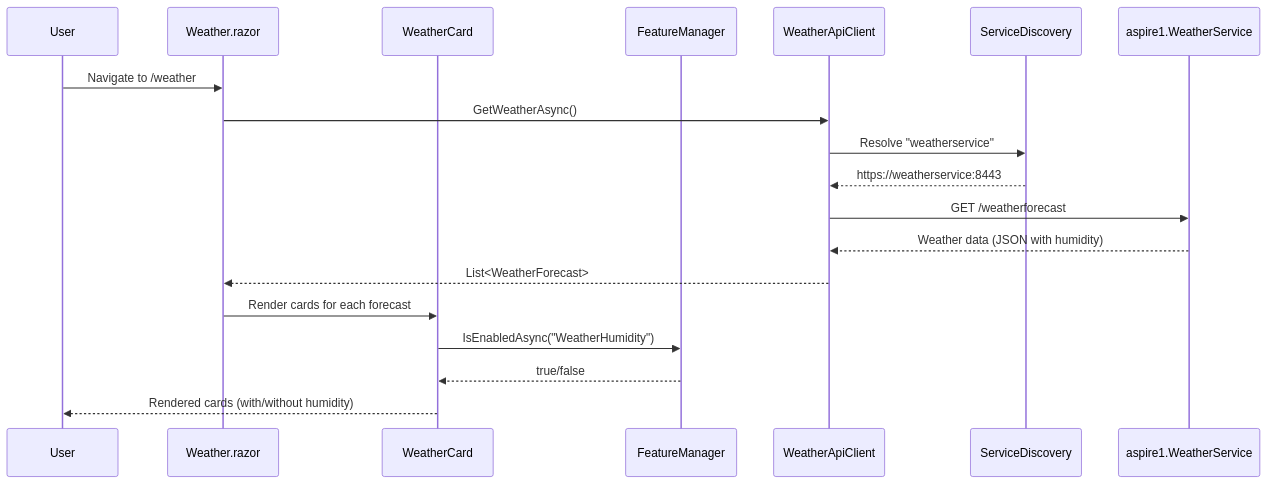
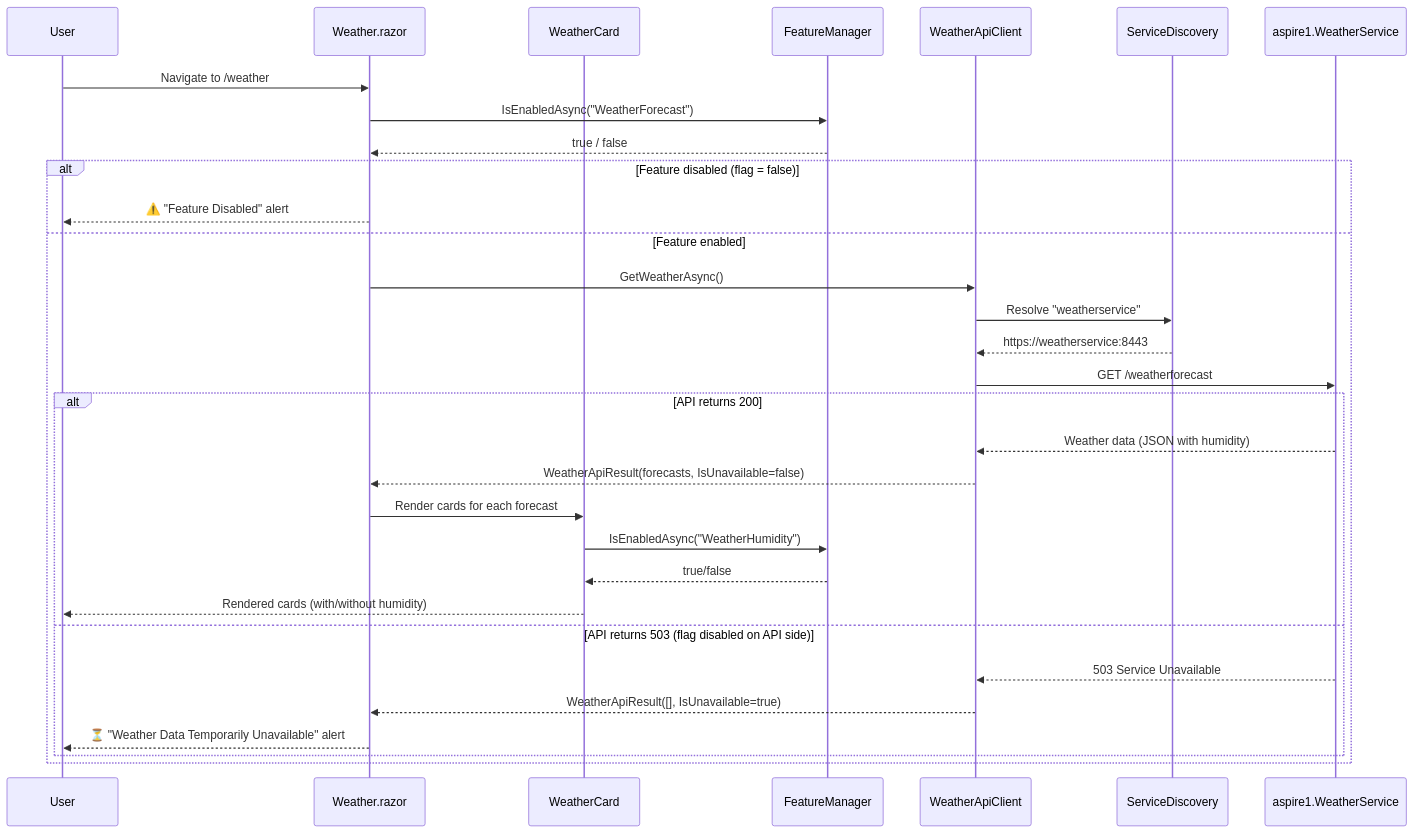
The second of 3 diagrams in aspire1.Web/ARCHITECTURE.md (MSBart2/aspire1), drawn with Mermaid before and after one commit. The commit also changed other lines of this file and 1 other file, not shown here.

First line of the commit message:
docs(web): update WeatherApiClient XML docs and ARCHITECTURE.md for graceful 503 handling

````diff
--- a/aspire1.Web/ARCHITECTURE.md
+++ b/aspire1.Web/ARCHITECTURE.md
@@ -171,22 +171,34 @@
 ```mermaid
 sequenceDiagram
     participant User
     participant Weather.razor
     participant WeatherCard
     participant FeatureManager
     participant WeatherApiClient
     participant ServiceDiscovery
     participant API as aspire1.WeatherService
 
     User->>Weather.razor: Navigate to /weather
-    Weather.razor->>WeatherApiClient: GetWeatherAsync()
-    WeatherApiClient->>ServiceDiscovery: Resolve "weatherservice"
-    ServiceDiscovery-->>WeatherApiClient: https://weatherservice:8443
-    WeatherApiClient->>API: GET /weatherforecast
-    API-->>WeatherApiClient: Weather data (JSON with humidity)
-    WeatherApiClient-->>Weather.razor: List<WeatherForecast>
-    Weather.razor->>WeatherCard: Render cards for each forecast
-    WeatherCard->>FeatureManager: IsEnabledAsync("WeatherHumidity")
-    FeatureManager-->>WeatherCard: true/false
-    WeatherCard-->>User: Rendered cards (with/without humidity)
+    Weather.razor->>FeatureManager: IsEnabledAsync("WeatherForecast")
+    FeatureManager-->>Weather.razor: true / false
+    alt Feature disabled (flag = false)
+        Weather.razor-->>User: ⚠️ "Feature Disabled" alert
+    else Feature enabled
+        Weather.razor->>WeatherApiClient: GetWeatherAsync()
+        WeatherApiClient->>ServiceDiscovery: Resolve "weatherservice"
+        ServiceDiscovery-->>WeatherApiClient: https://weatherservice:8443
+        WeatherApiClient->>API: GET /weatherforecast
+        alt API returns 200
+            API-->>WeatherApiClient: Weather data (JSON with humidity)
+            WeatherApiClient-->>Weather.razor: WeatherApiResult(forecasts, IsUnavailable=false)
+            Weather.razor->>WeatherCard: Render cards for each forecast
+            WeatherCard->>FeatureManager: IsEnabledAsync("WeatherHumidity")
+            FeatureManager-->>WeatherCard: true/false
+            WeatherCard-->>User: Rendered cards (with/without humidity)
+        else API returns 503 (flag disabled on API side)
+            API-->>WeatherApiClient: 503 Service Unavailable
+            WeatherApiClient-->>Weather.razor: WeatherApiResult([], IsUnavailable=true)
+            Weather.razor-->>User: ⏳ "Weather Data Temporarily Unavailable" alert
+        end
+    end
 ```
````
